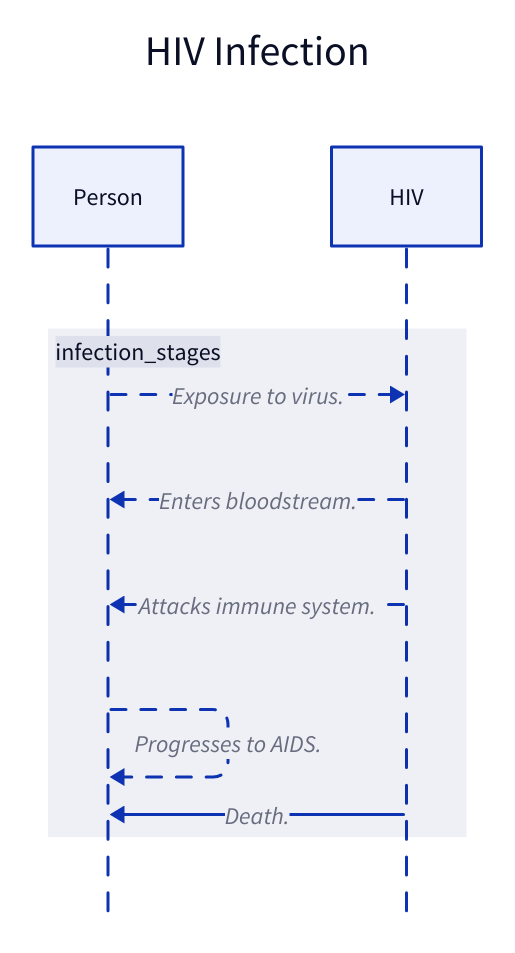
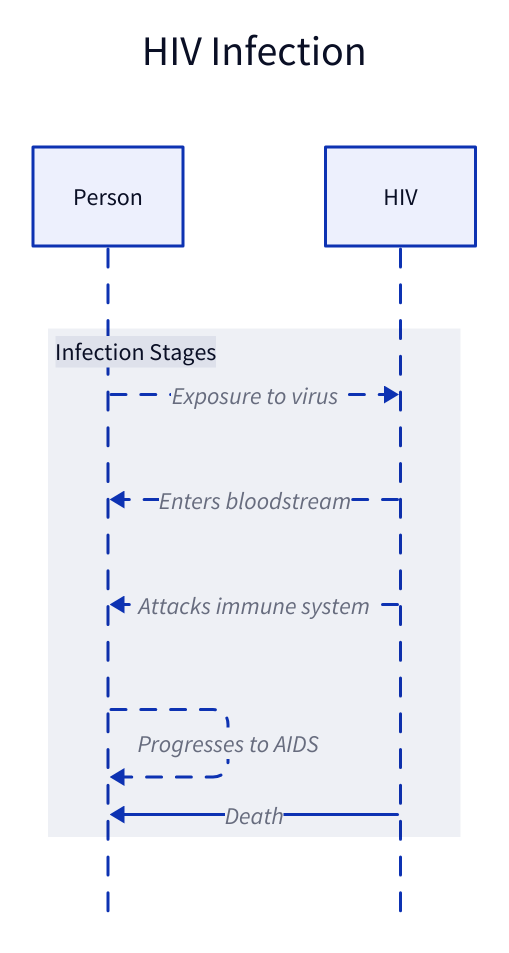
Before and after one commit to shashankpritam/shashankpritam.github.io: the diagram in content/blog/simplicity/hiv.d2, drawn with D2. The commit also changed 10 other files, not shown here.

```diff
--- a/content/blog/simplicity/hiv.d2
+++ b/content/blog/simplicity/hiv.d2
@@ -1,20 +1,20 @@
 HIV Infection: {
     shape: sequence_diagram
     person: Person
     hiv: HIV
-    infection_stages: {
-      person -> hiv: Exposure to virus. {
+    Infection Stages: {
+      person -> hiv: Exposure to virus {
         style.animated: true
       }
-      hiv -> person: Enters bloodstream. {
+      hiv -> person: Enters bloodstream {
         style.animated: true
       }
-      hiv -> person: Attacks immune system. {
+      hiv -> person: Attacks immune system {
         style.animated: true
       }
-      person -> person: Progresses to AIDS. {
+      person -> person: Progresses to AIDS {
         style.animated: true
       }
-      hiv -> person: Death.
+      hiv -> person: Death
     }
   }
```
